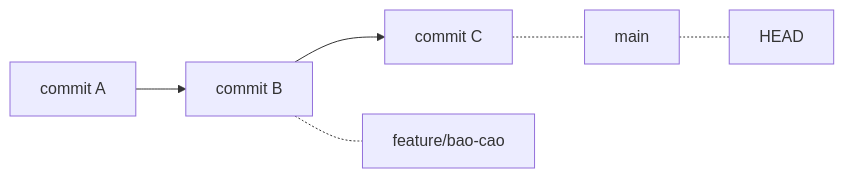
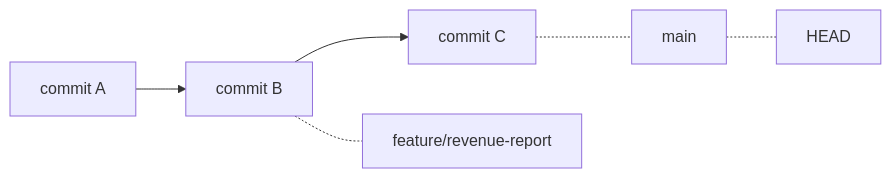
The diagram in docs/09-dotnet-backend-zero-to-senior/stage-01-foundation/module-03-git-developer-workflow/3.5-branching-and-merging.mdx (TienNHM/tiennhm.github.io), drawn with Mermaid before and after one commit. The commit also changed other lines of this file and 17 other files, not shown here.

````diff
--- a/docs/09-dotnet-backend-zero-to-senior/stage-01-foundation/module-03-git-developer-workflow/3.5-branching-and-merging.mdx
+++ b/docs/09-dotnet-backend-zero-to-senior/stage-01-foundation/module-03-git-developer-workflow/3.5-branching-and-merging.mdx
@@ -44,7 +44,7 @@
 ```mermaid
 flowchart LR
     C1[commit A] --> C2[commit B] --> C3[commit C]
     C3 -.- M[main]
-    C2 -.- F[feature/bao-cao]
+    C2 -.- F[feature/revenue-report]
     M -.- H[HEAD]
 ```
````
